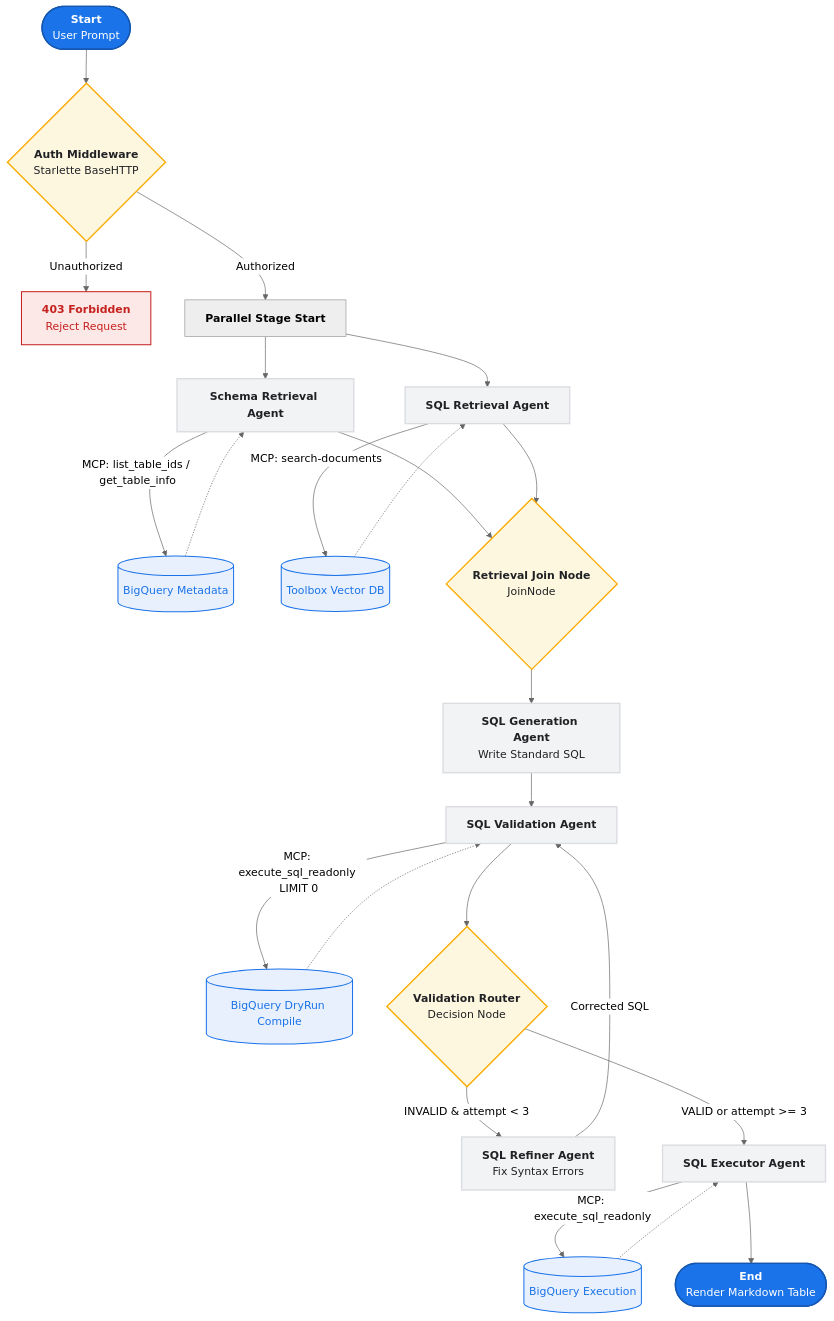
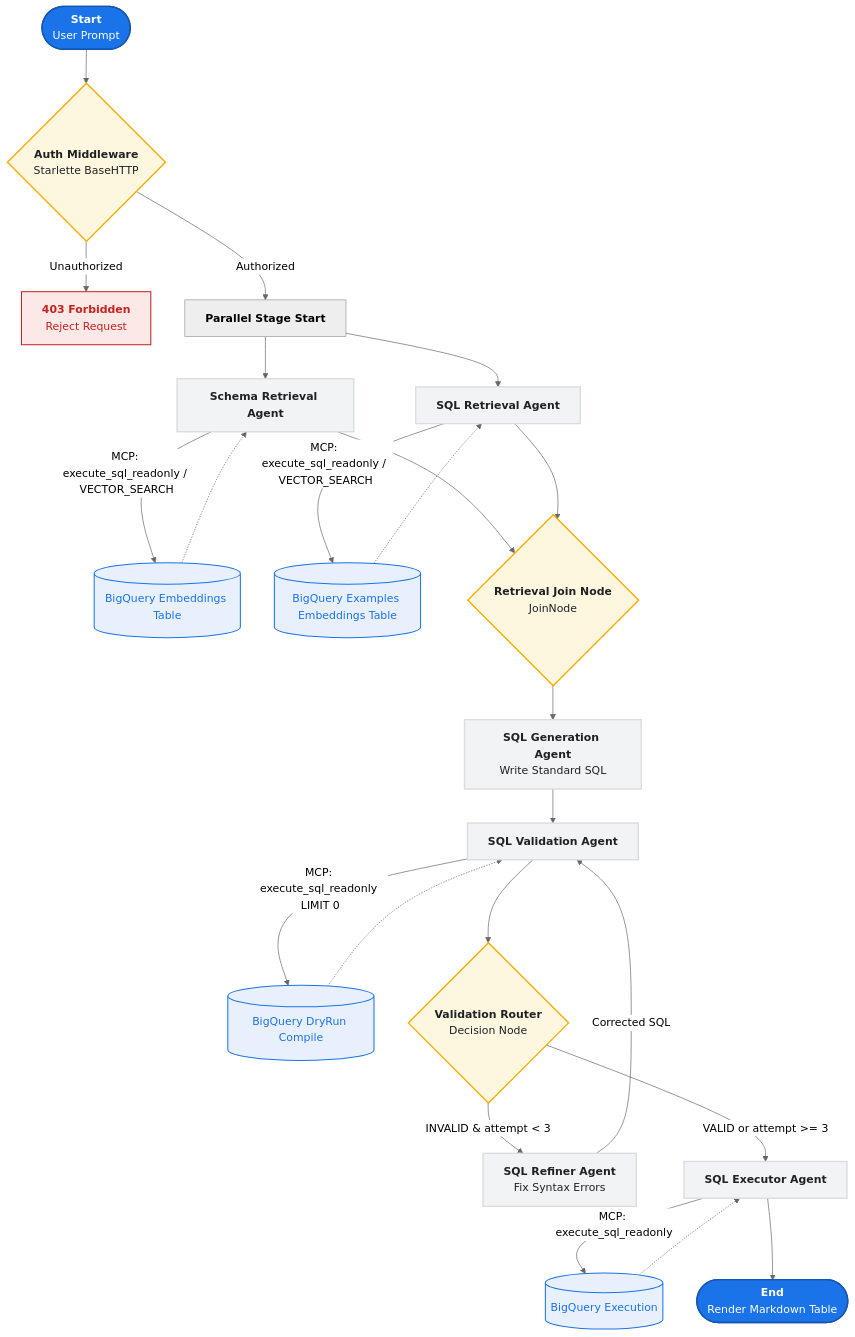
Before and after one commit to ahmadluay9/bmhs-bigquery: the first of 2 diagrams in README.md, drawn with Mermaid (neutral theme). The commit also changed other lines of this file and 9 other files, not shown here.

First line of the commit message:
feat: Implement BigQuery Agent with dynamic authentication, schema retrieval, SQL generation, validation, and execution workflow

````diff
--- a/README.md
+++ b/README.md
@@ -12,53 +12,53 @@
 ```mermaid
 flowchart TD
     %% Styling definitions
     classDef startEnd fill:#1a73e8,stroke:#1557b0,stroke-width:2px,color:#fff;
     classDef agent fill:#f1f3f4,stroke:#dadce0,stroke-width:2px,color:#202124;
     classDef tool fill:#e8f0fe,stroke:#1a73e8,stroke-width:1.5px,color:#1a73e8;
     classDef decision fill:#fef7e0,stroke:#f9ab00,stroke-width:2px,color:#202124;
     classDef route fill:#e6f4ea,stroke:#137333,stroke-width:1.5px,color:#137333;
     classDef error fill:#fce8e6,stroke:#c5221f,stroke-width:1.5px,color:#c5221f;
 
     START([<b>Start</b><br/>User Prompt]) --> AuthMiddleware{<b>Auth Middleware</b><br/>Starlette BaseHTTP}
     
     AuthMiddleware -->|Unauthorized| Deny[<b>403 Forbidden</b><br/>Reject Request]
     AuthMiddleware -->|Authorized| ParallelStart[<b>Parallel Stage Start</b>]
     
     ParallelStart --> SchemaAgent[<b>Schema Retrieval Agent</b>]
     ParallelStart --> SQLSearchAgent[<b>SQL Retrieval Agent</b>]
     
-    SchemaAgent -->|MCP: list_table_ids / get_table_info| BQ_Metadata[(BigQuery Metadata)]
-    SQLSearchAgent -->|MCP: search-documents| VectorDB[(Toolbox Vector DB)]
+    SchemaAgent -->|MCP: execute_sql_readonly / VECTOR_SEARCH| BQ_Metadata[(BigQuery Embeddings Table)]
+    SQLSearchAgent -->|MCP: execute_sql_readonly / VECTOR_SEARCH| VectorDB[(BigQuery Examples Embeddings Table)]
     
     BQ_Metadata -.-> SchemaAgent
     VectorDB -.-> SQLSearchAgent
     
     SchemaAgent --> JoinNode{<b>Retrieval Join Node</b><br/>JoinNode}
     SQLSearchAgent --> JoinNode
     
     JoinNode --> GenAgent[<b>SQL Generation Agent</b><br/>Write Standard SQL]
     
     GenAgent --> ValAgent[<b>SQL Validation Agent</b>]
     
     ValAgent -->|MCP: execute_sql_readonly LIMIT 0| BQ_DryRun[(BigQuery DryRun Compile)]
     BQ_DryRun -.-> ValAgent
     
     ValAgent --> Router{<b>Validation Router</b><br/>Decision Node}
     
     Router -->|INVALID & attempt < 3| RefineAgent[<b>SQL Refiner Agent</b><br/>Fix Syntax Errors]
     RefineAgent -->|Corrected SQL| ValAgent
     
     Router -->|VALID or attempt >= 3| ExecAgent[<b>SQL Executor Agent</b>]
     
     ExecAgent -->|MCP: execute_sql_readonly| BQ_Execute[(BigQuery Execution)]
     BQ_Execute -.-> ExecAgent
     
     ExecAgent --> FinalOutput([<b>End</b><br/>Render Markdown Table])
 
     %% Apply classes
     class START,FinalOutput startEnd;
     class SchemaAgent,SQLSearchAgent,GenAgent,ValAgent,RefineAgent,ExecAgent agent;
     class BQ_Metadata,VectorDB,BQ_DryRun,BQ_Execute tool;
     class AuthMiddleware,JoinNode,Router decision;
     class Deny error;
 ```
````
